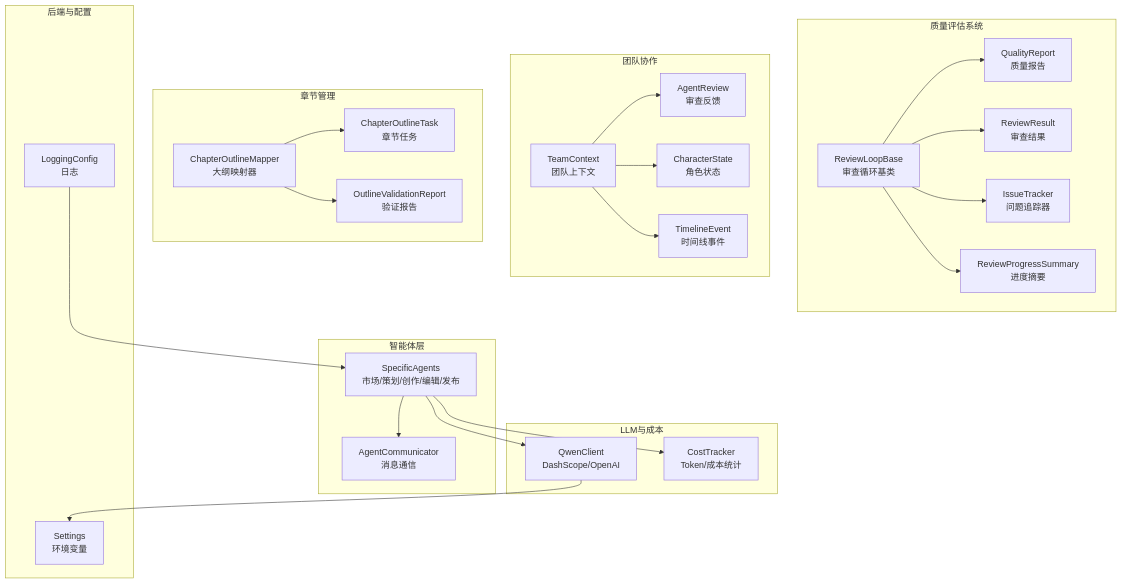
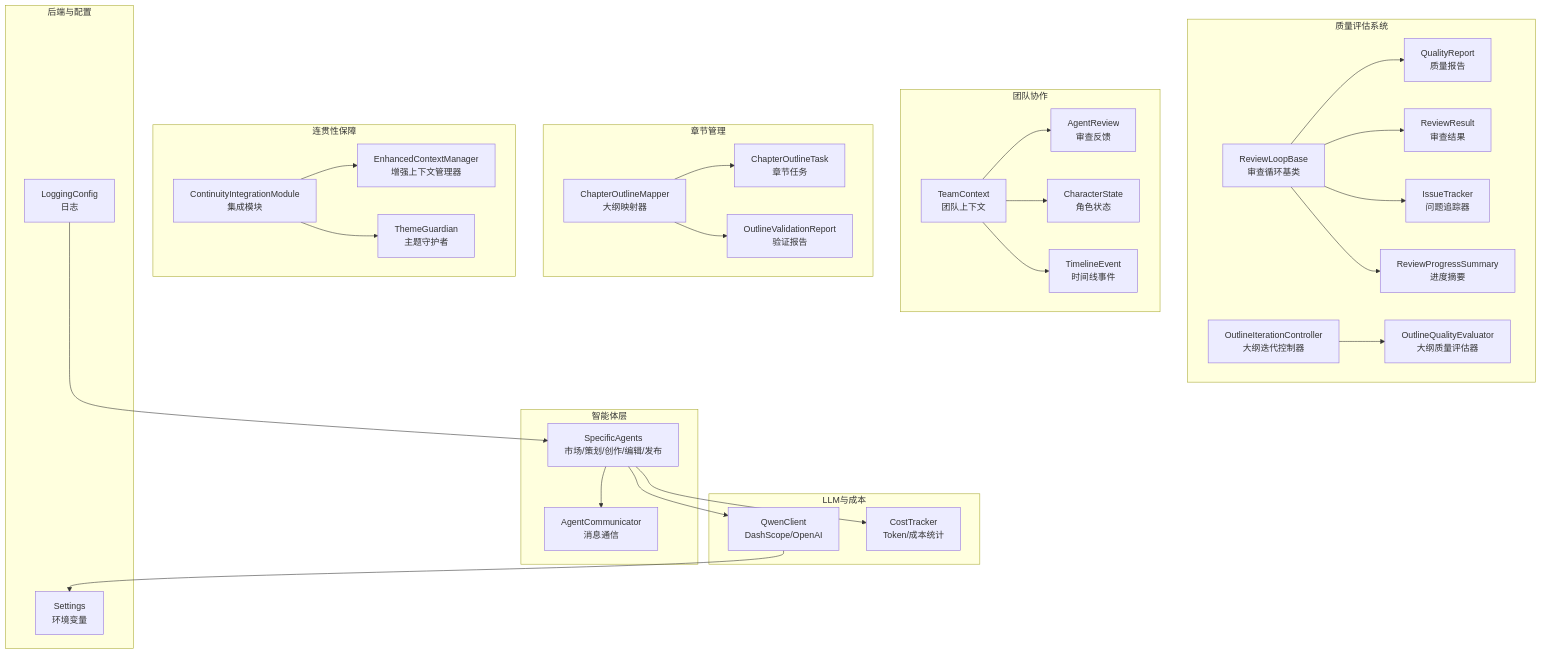
Before and after one commit to xfbyxq/ai-novel-system: the first of 16 diagrams in .qoder/repowiki/zh/content/AI智能体系统/AI智能体系统.md, drawn with Mermaid. The commit also changed other lines of this file and 17 other files, not shown here.

````diff
--- a/.qoder/repowiki/zh/content/AI智能体系统/AI智能体系统.md
+++ b/.qoder/repowiki/zh/content/AI智能体系统/AI智能体系统.md
@@ -71,47 +87,57 @@
 ```mermaid
 graph TB
 subgraph "智能体层"
 AC["AgentCommunicator<br/>消息通信"]
 SA["SpecificAgents<br/>市场/策划/创作/编辑/发布"]
 end
 subgraph "质量评估系统"
 RLB["ReviewLoopBase<br/>审查循环基类"]
 QR["QualityReport<br/>质量报告"]
 RR["ReviewResult<br/>审查结果"]
 IE["IssueTracker<br/>问题追踪器"]
 RS["ReviewProgressSummary<br/>进度摘要"]
+OIC["OutlineIterationController<br/>大纲迭代控制器"]
+OQE["OutlineQualityEvaluator<br/>大纲质量评估器"]
 end
 subgraph "团队协作"
 TC["TeamContext<br/>团队上下文"]
 AR["AgentReview<br/>审查反馈"]
 CS["CharacterState<br/>角色状态"]
 TL["TimelineEvent<br/>时间线事件"]
 end
 subgraph "章节管理"
 COM["ChapterOutlineMapper<br/>大纲映射器"]
 COT["ChapterOutlineTask<br/>章节任务"]
 OVR["OutlineValidationReport<br/>验证报告"]
+end
+subgraph "连贯性保障"
+CIM["ContinuityIntegrationModule<br/>集成模块"]
+ECM["EnhancedContextManager<br/>增强上下文管理器"]
+TG["ThemeGuardian<br/>主题守护者"]
 end
 subgraph "LLM与成本"
 QC["QwenClient<br/>DashScope/OpenAI"]
 CT["CostTracker<br/>Token/成本统计"]
 end
 subgraph "后端与配置"
 CFG["Settings<br/>环境变量"]
 LOG["LoggingConfig<br/>日志"]
 end
 SA --> AC
 SA --> QC
 SA --> CT
 RLB --> QR
 RLB --> RR
 RLB --> IE
 RLB --> RS
+OIC --> OQE
 TC --> AR
 TC --> CS
 TC --> TL
 COM --> COT
 COM --> OVR
+CIM --> ECM
+CIM --> TG
 QC --> CFG
 LOG --> SA
 ```
````
